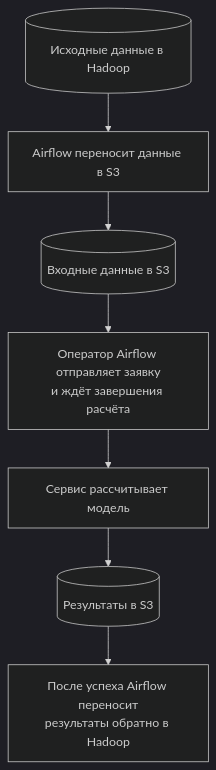
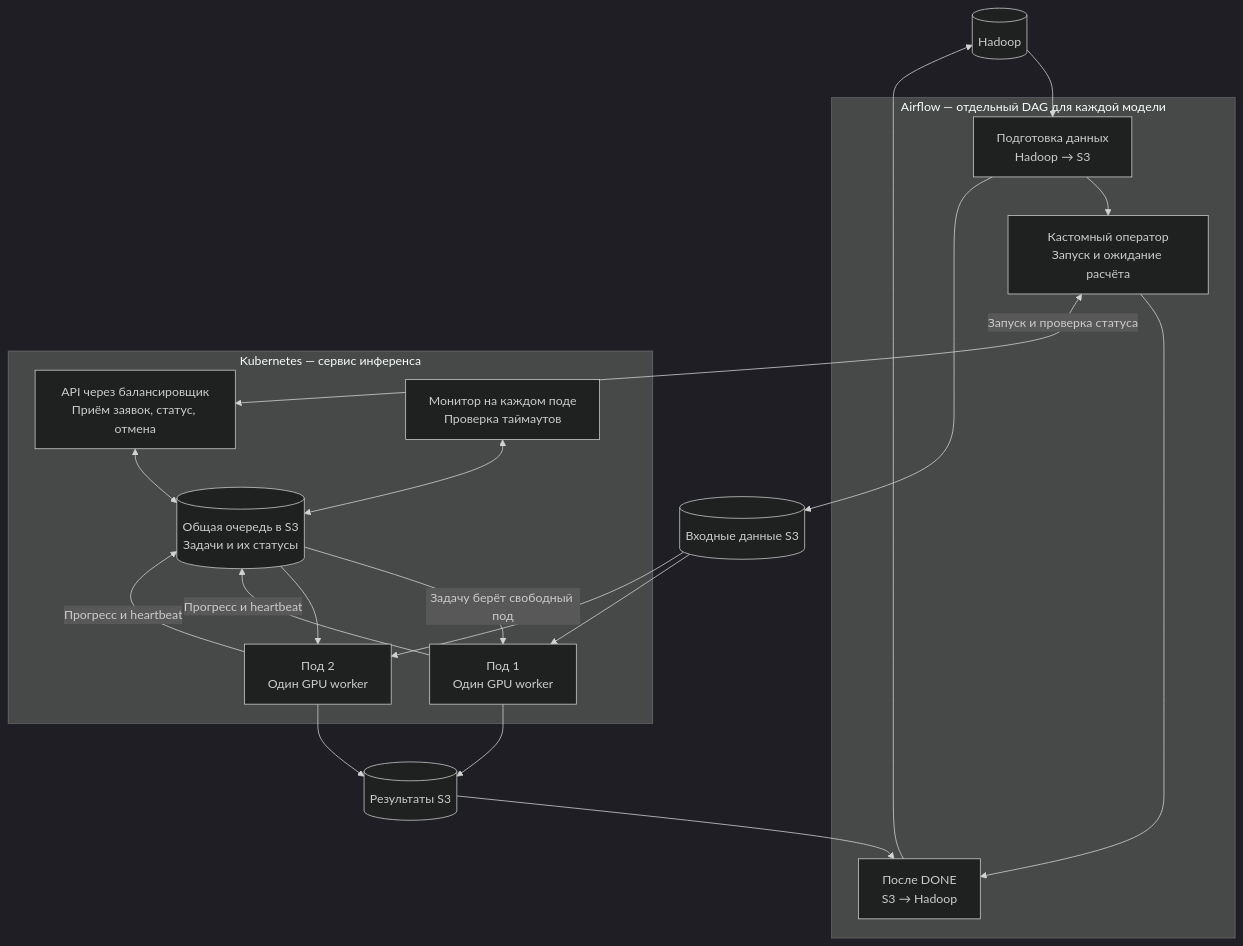
One commit to blm47/fmcd_models_inference_service changed the diagram in docs/diagrams/01-architecture.mmd. Above: the diagram before and after it, drawn with Mermaid (dark theme). The commit also changed 4 other files, not shown here.

```diff
--- a/docs/diagrams/01-architecture.mmd
+++ b/docs/diagrams/01-architecture.mmd
@@ -1,9 +1,28 @@
 flowchart TB
-    H1[("Исходные данные в Hadoop")]
-    E["Airflow переносит данные в S3"]
-    I[("Входные данные в S3")]
-    A["Оператор Airflow отправляет заявку<br/>и ждёт завершения расчёта"]
-    S["Сервис рассчитывает модель"]
-    O[("Результаты в S3")]
-    R["После успеха Airflow переносит<br/>результаты обратно в Hadoop"]
-    H1 --> E --> I --> A --> S --> O --> R
+    H[("Hadoop")]
+    subgraph AF["Airflow — отдельный DAG для каждой модели"]
+        E["Подготовка данных<br/>Hadoop → S3"]
+        OP["Кастомный оператор<br/>Запуск и ожидание расчёта"]
+        R["После DONE<br/>S3 → Hadoop"]
+        E --> OP --> R
+    end
+    IN[("Входные данные S3")]
+    OUT[("Результаты S3")]
+    H --> E --> IN
+    OUT --> R --> H
+
+    subgraph K["Kubernetes — сервис инференса"]
+        API["API через балансировщик<br/>Приём заявок, статус, отмена"]
+        Q[("Общая очередь в S3<br/>Задачи и их статусы")]
+        P1["Под 1<br/>Один GPU worker"]
+        P2["Под 2<br/>Один GPU worker"]
+        M["Монитор на каждом поде<br/>Проверка таймаутов"]
+        API <--> Q
+        Q -->|"Задачу берёт свободный под"| P1
+        Q --> P2
+        P1 & P2 -->|"Прогресс и heartbeat"| Q
+        M <--> Q
+    end
+    OP <-->|"Запуск и проверка статуса"| API
+    IN --> P1 & P2
+    P1 & P2 --> OUT
```
